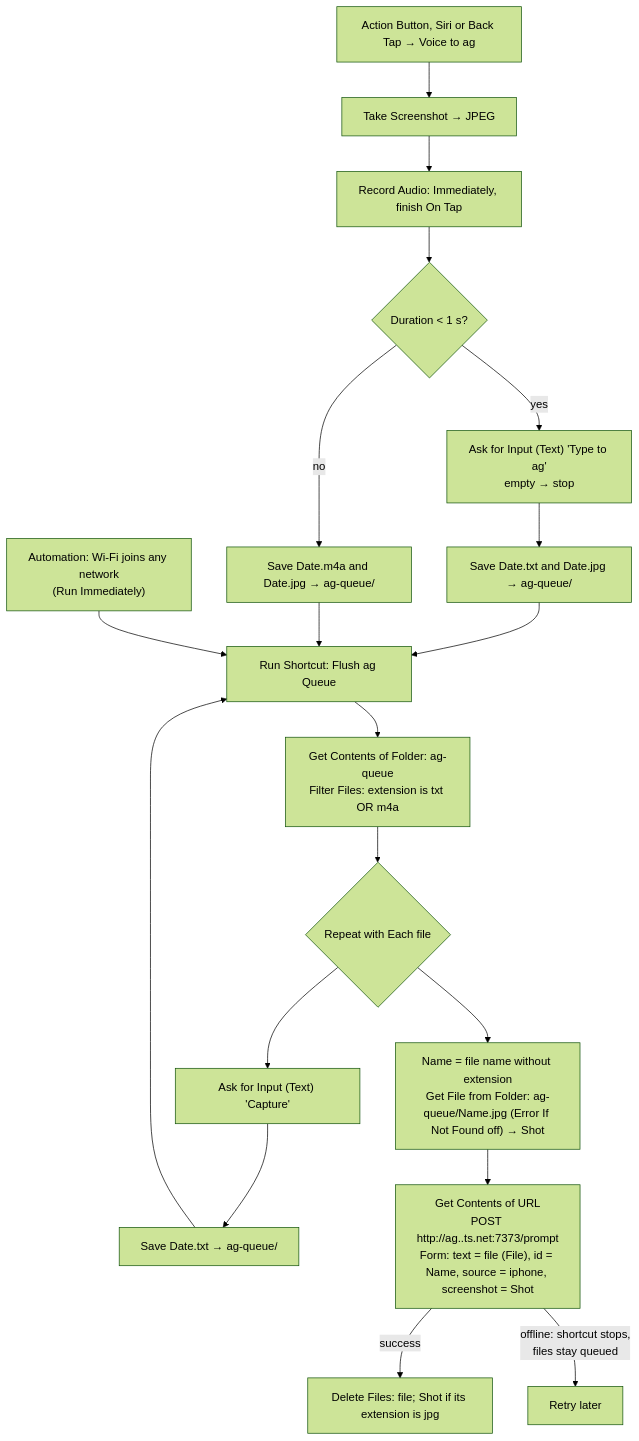
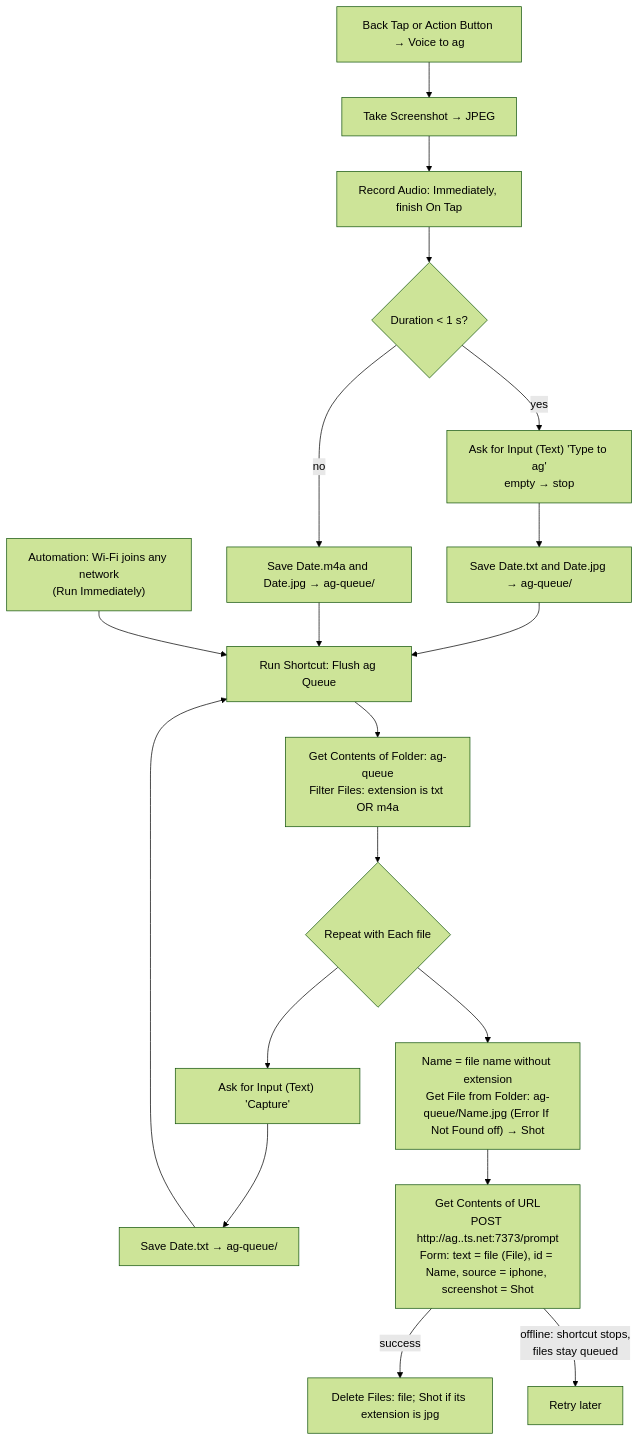
The diagram in ios-shortcuts/capture-to-ag.md (koerschner/ag), drawn with Mermaid (forest theme) before and after one commit. The commit also changed other lines of this file, not shown here.

````diff
--- a/ios-shortcuts/capture-to-ag.md
+++ b/ios-shortcuts/capture-to-ag.md
@@ -29,23 +29,23 @@
 ```mermaid
 flowchart TD
-    A[Action Button, Siri or Back Tap → Voice to ag] --> V0["Take Screenshot → JPEG"]
+    A[Back Tap or Action Button → Voice to ag] --> V0["Take Screenshot → JPEG"]
     V0 --> V4["Record Audio: Immediately, finish On Tap"]
     V4 --> V7{"Duration < 1 s?"}
     V7 -- yes --> V8["Ask for Input (Text) 'Type to ag'<br/>empty → stop"]
     V8 --> V8b["Save Date.txt and Date.jpg → ag-queue/"]
     V8b --> F
     V7 -- no --> V9["Save Date.m4a and Date.jpg → ag-queue/"]
     V9 --> F["Run Shortcut: Flush ag Queue"]
 
     H[Home Screen icon → Capture to ag] --> B["Ask for Input (Text) 'Capture'"]
     B --> D["Save Date.txt → ag-queue/"]
     D --> F
 
     W["Automation: Wi-Fi joins any network<br/>(Run Immediately)"] --> F
     F --> G["Get Contents of Folder: ag-queue<br/>Filter Files: extension is txt OR m4a"]
     G --> H{"Repeat with Each file"}
     H --> N["Name = file name without extension<br/>Get File from Folder: ag-queue/Name.jpg (Error If Not Found off) → Shot"]
     N --> I["Get Contents of URL<br/>POST http://ag.<tailnet>.ts.net:7373/prompt<br/>Form: text = file (File), id = Name, source = iphone, screenshot = Shot"]
     I -- "success" --> J["Delete Files: file; Shot if its extension is jpg"]
     I -- "offline: shortcut stops,<br/>files stay queued" --> K[Retry later]
 ```
````
